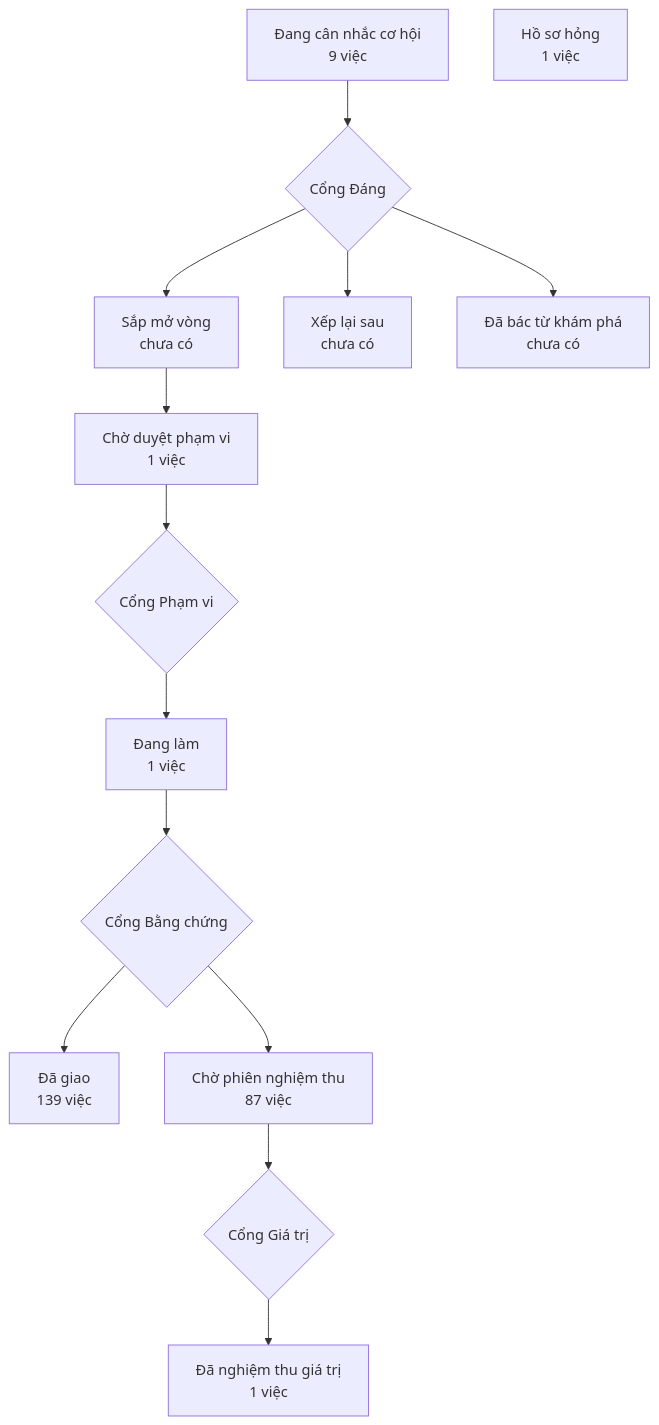
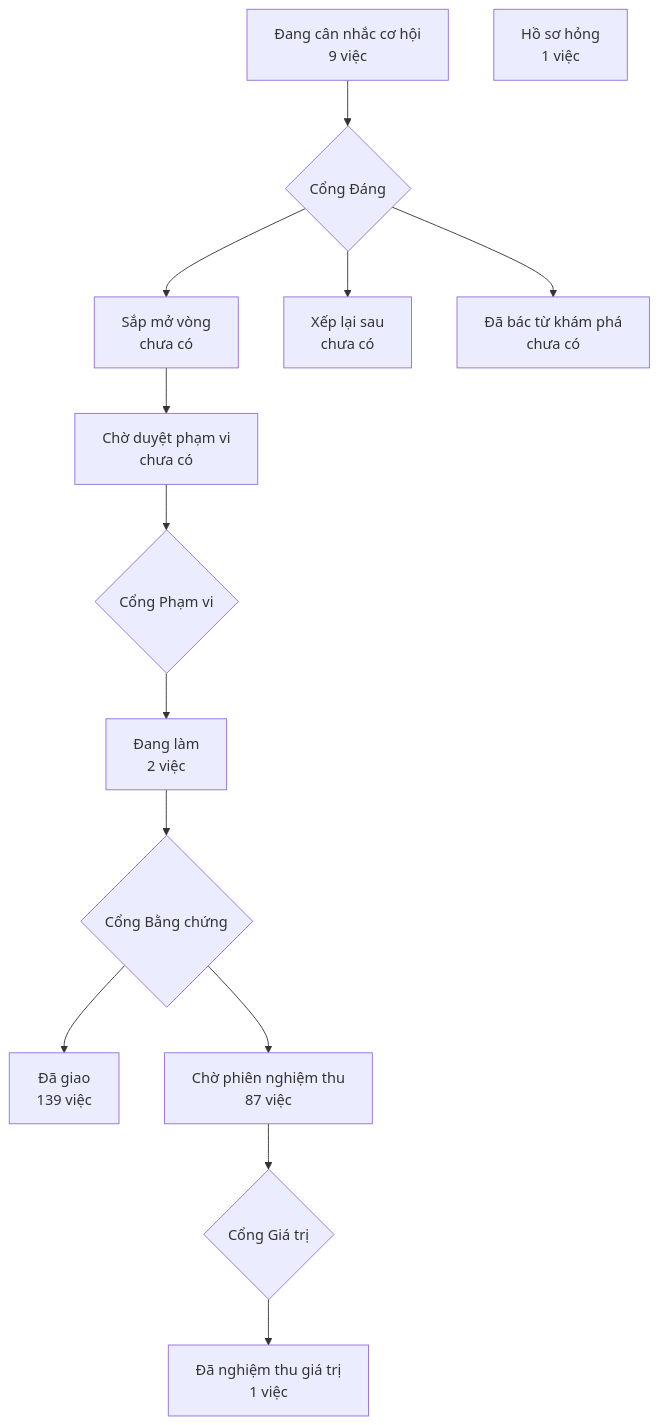
One commit to phanlemanh/crm-onehub changed the diagram in PRODUCT-MAP.md. Above: the diagram before and after it, drawn with Mermaid. The commit also changed other lines of this file and 3 other files, not shown here.

First line of the commit message:
Cổng Phạm vi: ngan-ho-so-trong-lo-trinh — duyệt, Manh Phan

````diff
--- a/PRODUCT-MAP.md
+++ b/PRODUCT-MAP.md
@@ -7,13 +7,13 @@
 ```mermaid
 flowchart TD
   A["Đang cân nhắc cơ hội<br/>9 việc"] --> GD{"Cổng Đáng"}
   GD --> B["Sắp mở vòng<br/>chưa có"]
   GD --> XL["Xếp lại sau<br/>chưa có"]
   GD --> DB["Đã bác từ khám phá<br/>chưa có"]
-  B --> CD["Chờ duyệt phạm vi<br/>1 việc"] --> GP{"Cổng Phạm vi"}
-  GP --> DL["Đang làm<br/>1 việc"] --> GB{"Cổng Bằng chứng"}
+  B --> CD["Chờ duyệt phạm vi<br/>chưa có"] --> GP{"Cổng Phạm vi"}
+  GP --> DL["Đang làm<br/>2 việc"] --> GB{"Cổng Bằng chứng"}
   GB --> DG["Đã giao<br/>139 việc"]
   GB --> CN["Chờ phiên nghiệm thu<br/>87 việc"] --> GG{"Cổng Giá trị"}
   GG --> NT["Đã nghiệm thu giá trị<br/>1 việc"]
   HS["Hồ sơ hỏng<br/>1 việc"]
 ```
````
